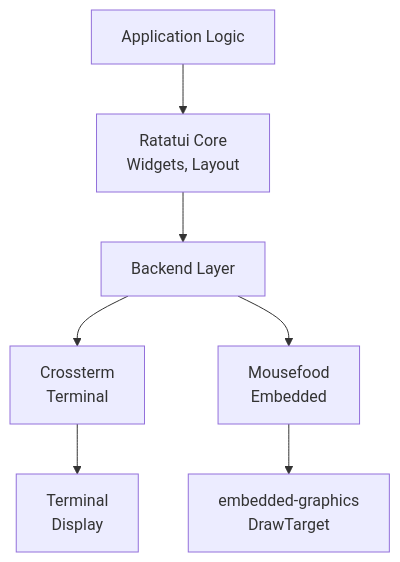
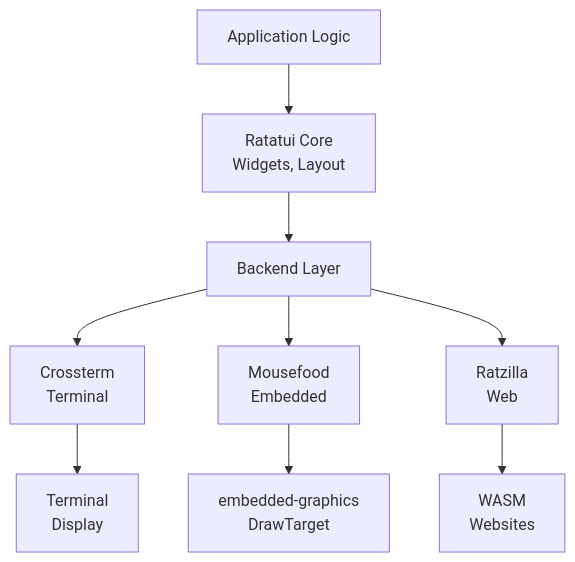
The diagram in presentation.md (Vaishnav-Sabari-Girish/rust_bangalore_december_2025), drawn with Mermaid before and after one commit. The commit also changed other lines of this file, not shown here.

````diff
--- a/presentation.md
+++ b/presentation.md
@@ -115,9 +110,11 @@
 ```mermaid +render +width:100%
 flowchart TD
     A[Application Logic] --> B[Ratatui Core<br/>Widgets, Layout]
     B --> C[Backend Layer]
     C --> D[Crossterm<br/>Terminal]
     C --> E[Mousefood<br/>Embedded]
     D --> F[Terminal<br/>Display]
     E --> G[embedded-graphics<br/>DrawTarget]
+    C --> H[Ratzilla<br/>Web]
+    H --> I[WASM<br/>Websites]
 ```
````
